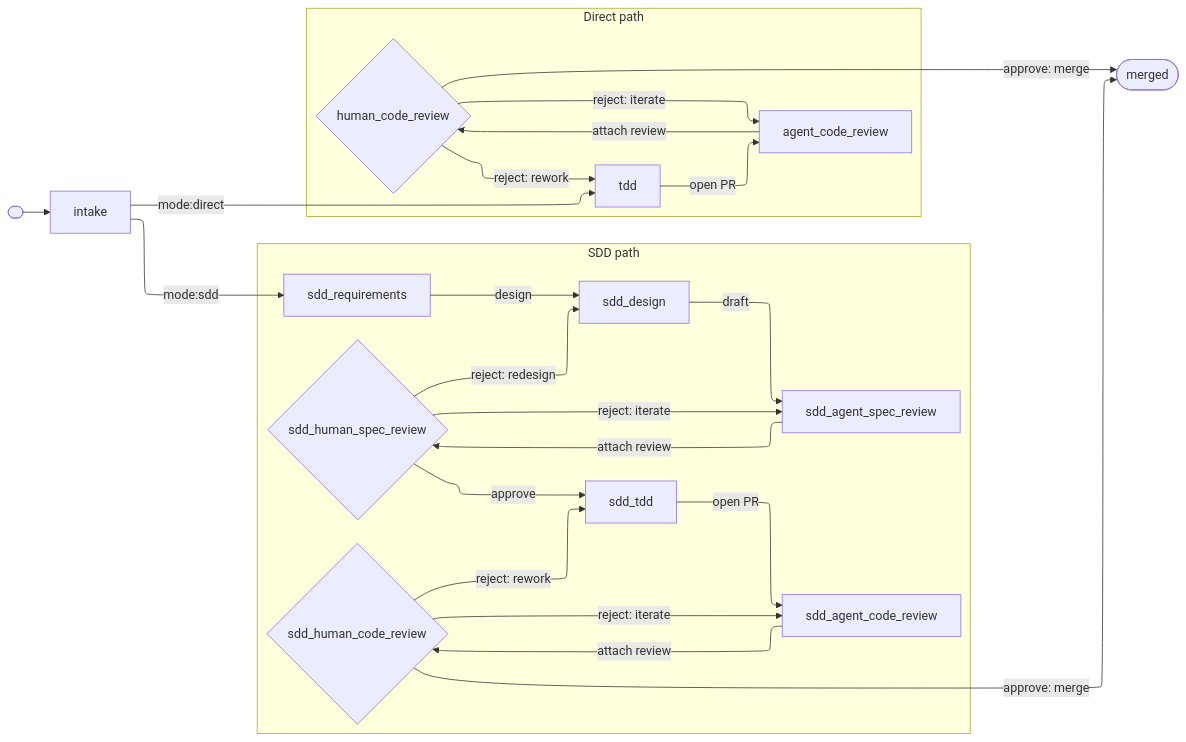
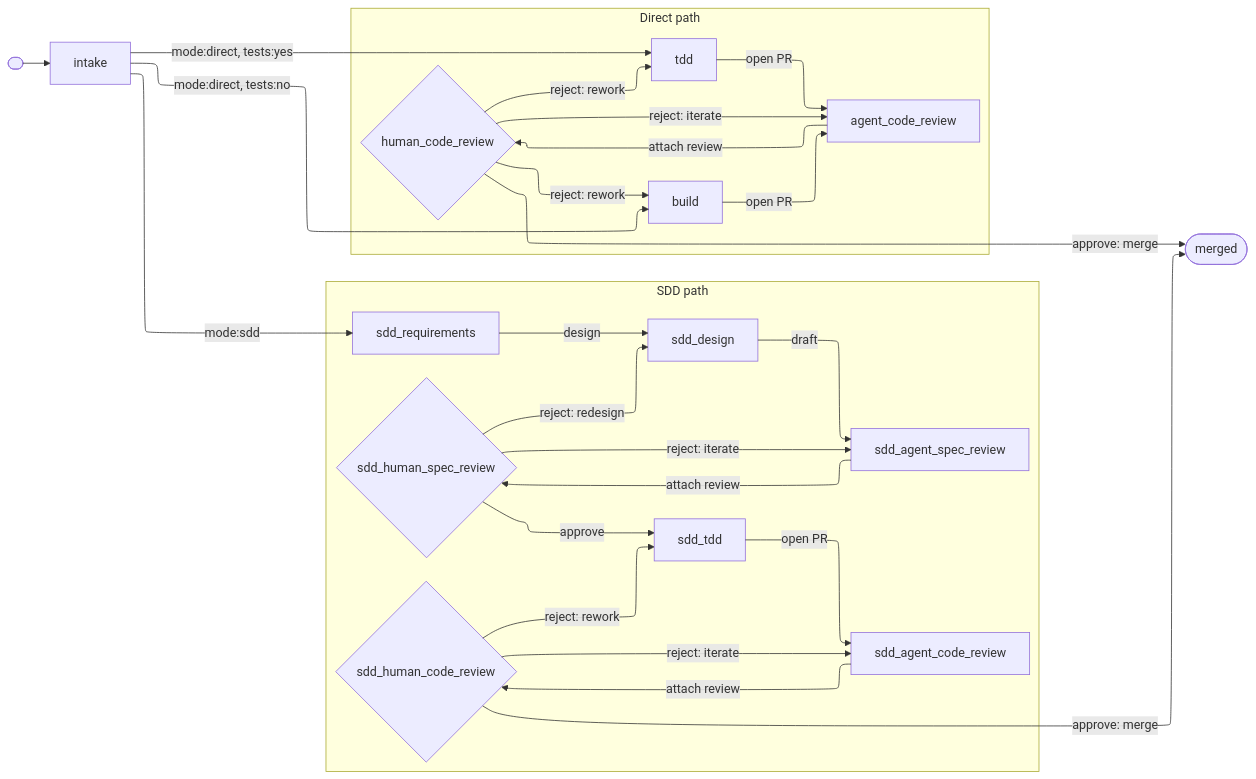
One commit to GeoffNordling/dev-playbook changed the diagram in workflow/workflow.md. Above: the diagram before and after it, drawn with Mermaid. The commit also changed other lines of this file and 2 other files, not shown here.

First line of the commit message:
workflow: split direct path by tests:* (tdd/build); rewrite intake; flag false as disable-model-invocation default

````diff
--- a/workflow/workflow.md
+++ b/workflow/workflow.md
@@ -39,30 +43,33 @@
 ```mermaid
 %%{init: {'flowchart': {'defaultRenderer': 'elk'}}}%%
 flowchart LR
     start([ ]) --> intake[intake]
     intake -->|mode:sdd| sdd_requirements[sdd_requirements]
-    intake -->|mode:direct| tdd[tdd]
+    intake -->|mode:direct, tests:yes| tdd[tdd]
+    intake -->|mode:direct, tests:no| build[build]
 
     subgraph sdd[SDD path]
         sdd_requirements -->|design| sdd_design[sdd_design]
         sdd_design -->|draft| sdd_agent_spec_review[sdd_agent_spec_review]
         sdd_agent_spec_review -->|attach review| sdd_human_spec_review{sdd_human_spec_review}
         sdd_human_spec_review -->|reject: iterate| sdd_agent_spec_review
         sdd_human_spec_review -->|reject: redesign| sdd_design
         sdd_human_spec_review -->|approve| sdd_tdd[sdd_tdd]
         sdd_tdd -->|open PR| sdd_agent_code_review[sdd_agent_code_review]
         sdd_agent_code_review -->|attach review| sdd_human_code_review{sdd_human_code_review}
         sdd_human_code_review -->|reject: iterate| sdd_agent_code_review
         sdd_human_code_review -->|reject: rework| sdd_tdd
     end
 
     subgraph direct[Direct path]
         tdd -->|open PR| agent_code_review[agent_code_review]
+        build -->|open PR| agent_code_review
         agent_code_review -->|attach review| human_code_review{human_code_review}
         human_code_review -->|reject: iterate| agent_code_review
         human_code_review -->|reject: rework| tdd
+        human_code_review -->|reject: rework| build
     end
 
     sdd_human_code_review -->|approve: merge| done([merged])
     human_code_review -->|approve: merge| done
 ```
````
